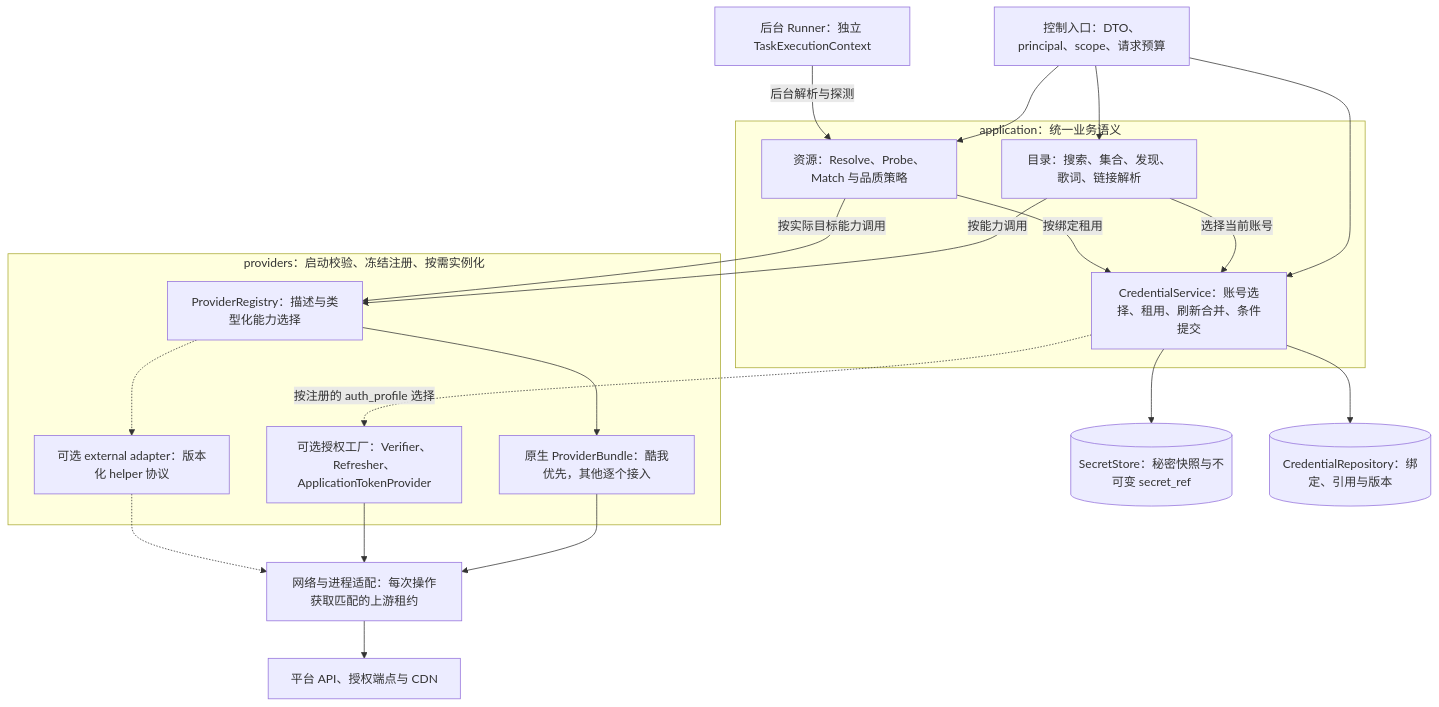
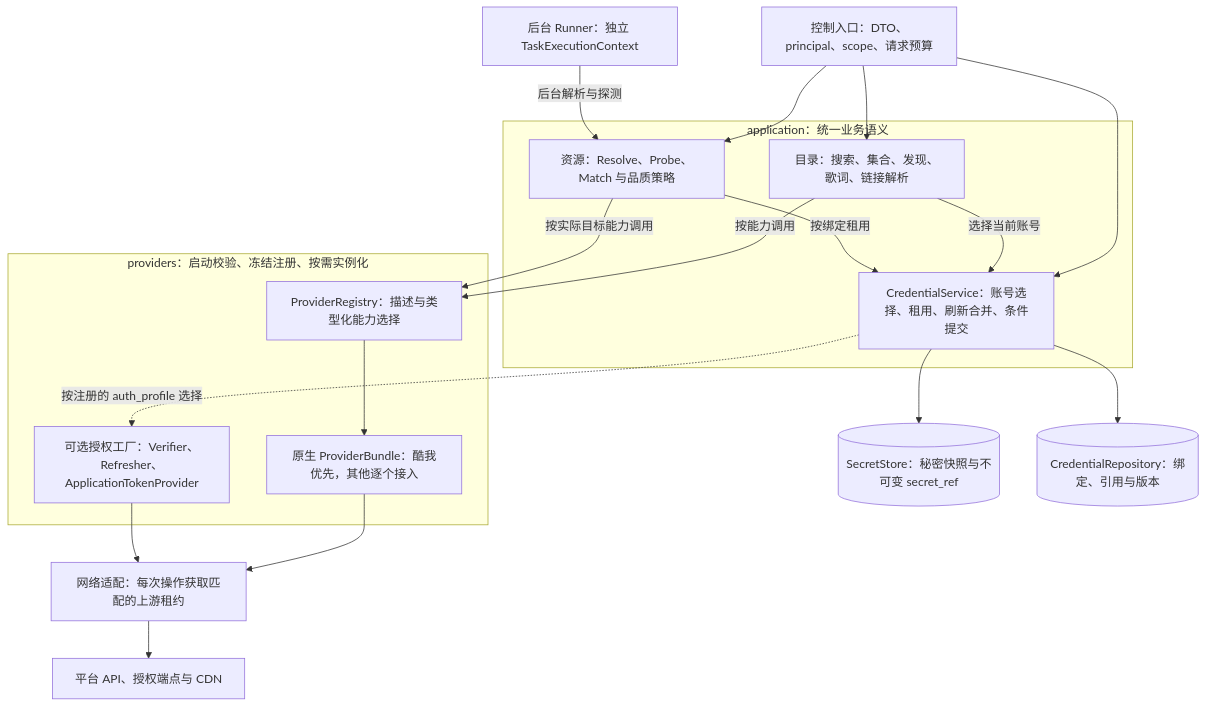
Before and after one commit to ddmoyu/music-service: the second of 6 diagrams in docs/design/cpp20-refactor/architecture-details.md, drawn with Mermaid. The commit also changed other lines of this file and 27 other files, not shown here.

First line of the commit message:
refactor: native parsing only, drop the external helper route

````diff
--- a/docs/design/cpp20-refactor/architecture-details.md
+++ b/docs/design/cpp20-refactor/architecture-details.md
@@ -66,37 +66,34 @@
 ```mermaid
 flowchart TB
     control["控制入口：DTO、principal、scope、请求预算"]
     runner["后台 Runner：独立 TaskExecutionContext"]
     subgraph useCases["application：统一业务语义"]
         catalog["目录：搜索、集合、发现、歌词、链接解析"]
         assets["资源：Resolve、Probe、Match 与品质策略"]
         accounts["CredentialService：账号选择、租用、刷新合并、条件提交"]
     end
     subgraph providerAdapters["providers：启动校验、冻结注册、按需实例化"]
         registry["ProviderRegistry：描述与类型化能力选择"]
         native["原生 ProviderBundle：酷我优先，其他逐个接入"]
         auth["可选授权工厂：Verifier、Refresher、ApplicationTokenProvider"]
-        helper["可选 external adapter：版本化 helper 协议"]
     end
-    transport["网络与进程适配：每次操作获取匹配的上游租约"]
+    transport["网络适配：每次操作获取匹配的上游租约"]
     secrets[("SecretStore：秘密快照与不可变 secret_ref")]
     credentials[("CredentialRepository：绑定、引用与版本")]
     upstream["平台 API、授权端点与 CDN"]
     control --> catalog
     control --> assets
     control --> accounts
     runner -->|"后台解析与探测"| assets
     catalog -->|"选择当前账号"| accounts
     assets -->|"按绑定租用"| accounts
     accounts --> secrets
     accounts --> credentials
     catalog -->|"按能力调用"| registry
     assets -->|"按实际目标能力调用"| registry
     registry --> native
-    registry -.-> helper
     accounts -.->|"按注册的 auth_profile 选择"| auth
     native --> transport
     auth --> transport
-    helper -.-> transport
     transport --> upstream
 ```
````
